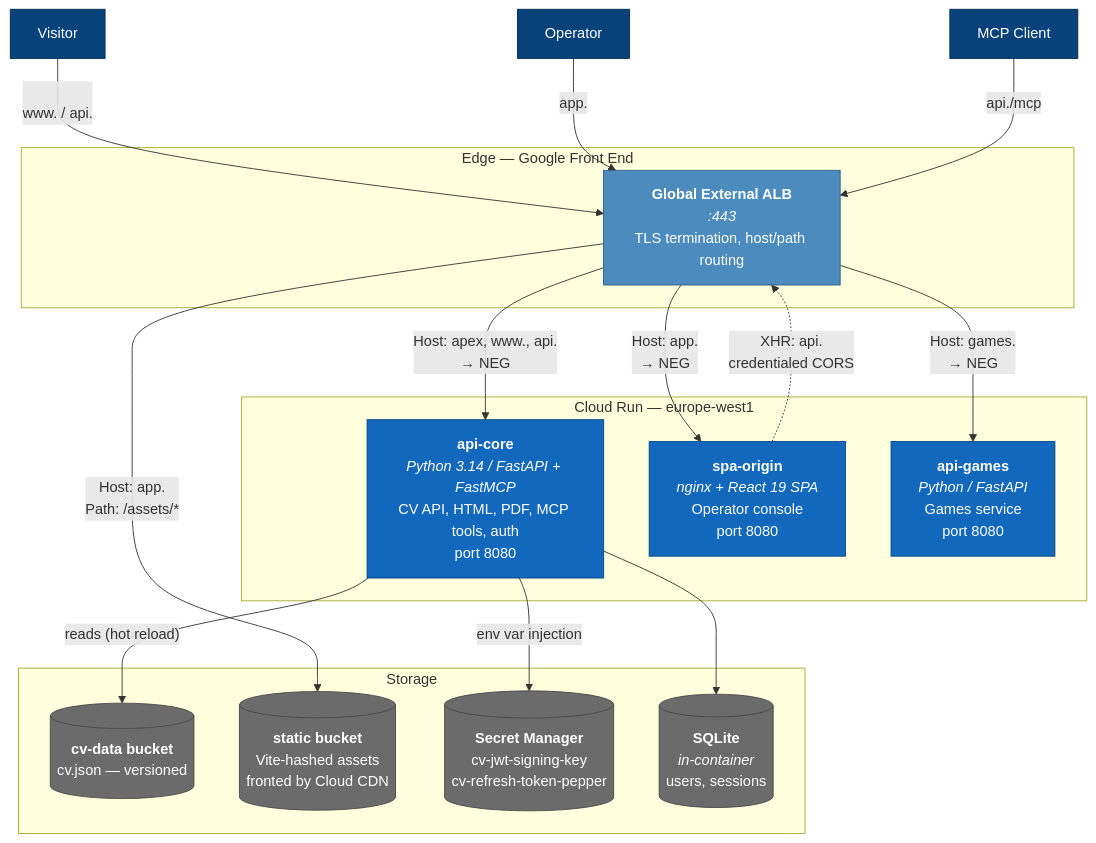
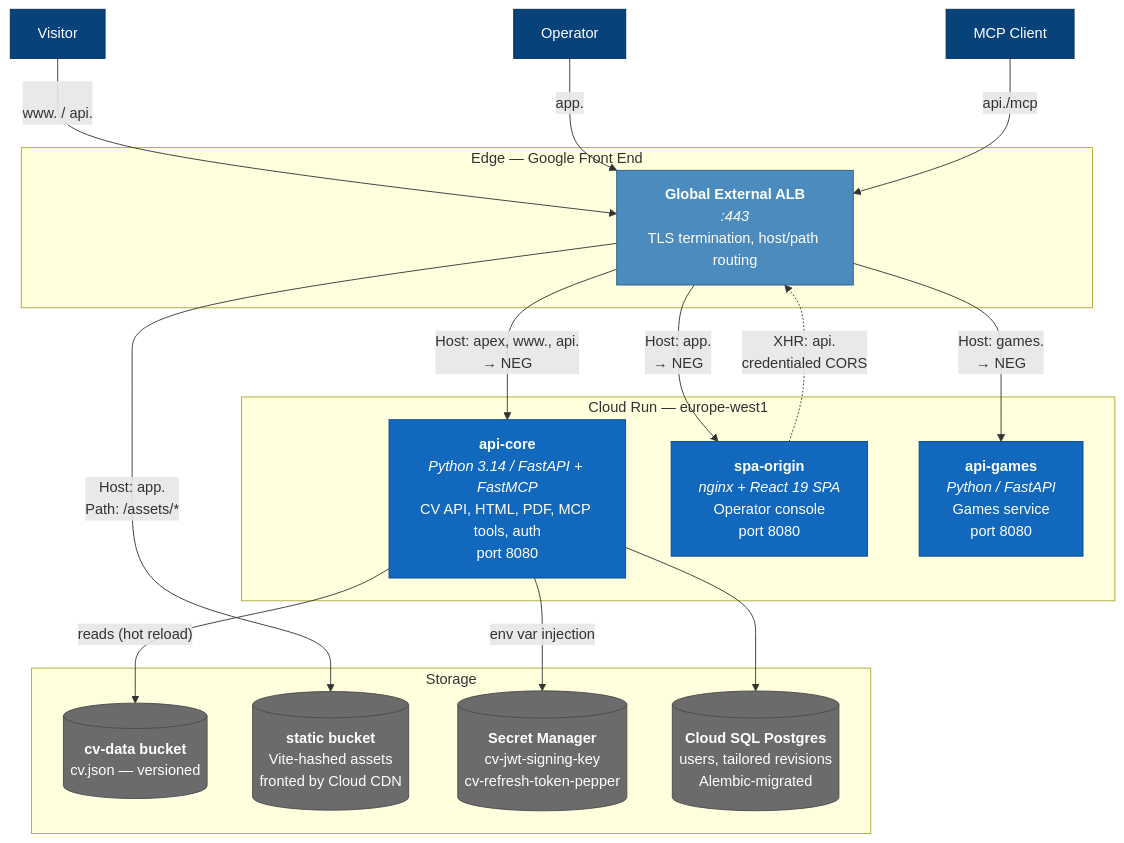
Before and after one commit to ivanprytula/cv-rest-mcp-server: the second of 8 diagrams in docs/architecture-diagrams.md, drawn with Mermaid. The commit also changed other lines of this file and 17 other files, not shown here.

````diff
--- a/docs/architecture-diagrams.md
+++ b/docs/architecture-diagrams.md
@@ -67,42 +67,42 @@
 ```mermaid
 flowchart TB
     visitor["Visitor"]:::person
     operator["Operator"]:::person
     agent["MCP Client"]:::person
 
     subgraph edge["Edge — Google Front End"]
         lb["<b>Global External ALB</b><br/><i><LB_IPV4>:443</i><br/>TLS termination, host/path routing"]:::infra
     end
 
     subgraph run["Cloud Run — europe-west1"]
         core["<b>api-core</b><br/><i>Python 3.14 / FastAPI + FastMCP</i><br/>CV API, HTML, PDF, MCP tools, auth<br/>port 8080"]:::container
         spa["<b>spa-origin</b><br/><i>nginx + React 19 SPA</i><br/>Operator console<br/>port 8080"]:::container
         games["<b>api-games</b><br/><i>Python / FastAPI</i><br/>Games service<br/>port 8080"]:::container
     end
 
     subgraph storage["Storage"]
         cvbucket[("<b>cv-data bucket</b><br/>cv.json — versioned")]:::store
         static[("<b>static bucket</b><br/>Vite-hashed assets<br/>fronted by Cloud CDN")]:::store
         sm[("<b>Secret Manager</b><br/>cv-jwt-signing-key<br/>cv-refresh-token-pepper")]:::store
-        sqlite[("<b>SQLite</b><br/><i>in-container</i><br/>users, sessions")]:::store
+        pg[("<b>Cloud SQL Postgres</b><br/>users, tailored revisions<br/>Alembic-migrated")]:::store
     end
 
     visitor -->|"<APEX_DOMAIN><br/>www. / api."| lb
     operator -->|"app.<APEX_DOMAIN>"| lb
     agent -->|"api.<APEX_DOMAIN>/mcp"| lb
 
     lb -->|"Host: apex, www., api.<br/>→ NEG"| core
     lb -->|"Host: app.<br/>→ NEG"| spa
     lb -->|"Host: games.<br/>→ NEG"| games
     lb -->|"Host: app.<br/>Path: /assets/*"| static
 
     core -->|"reads (hot reload)"| cvbucket
     core -->|"env var injection"| sm
-    core --> sqlite
+    core --> pg
     spa -.->|"XHR: api.<APEX_DOMAIN><br/>credentialed CORS"| lb
 
     classDef person fill:#08427b,stroke:#052e56,color:#fff
     classDef container fill:#1168bd,stroke:#0b4884,color:#fff
     classDef infra fill:#4b8bbe,stroke:#2d5c85,color:#fff
     classDef store fill:#6b6b6b,stroke:#4a4a4a,color:#fff
 ```
````
